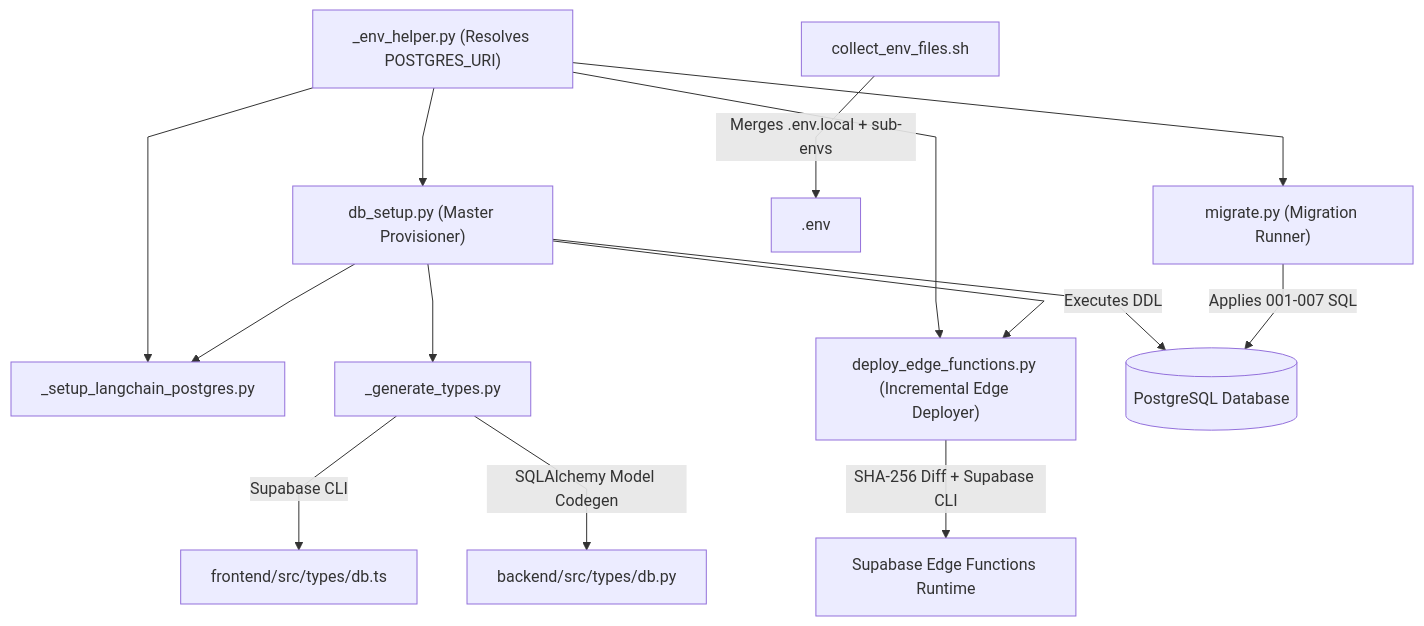
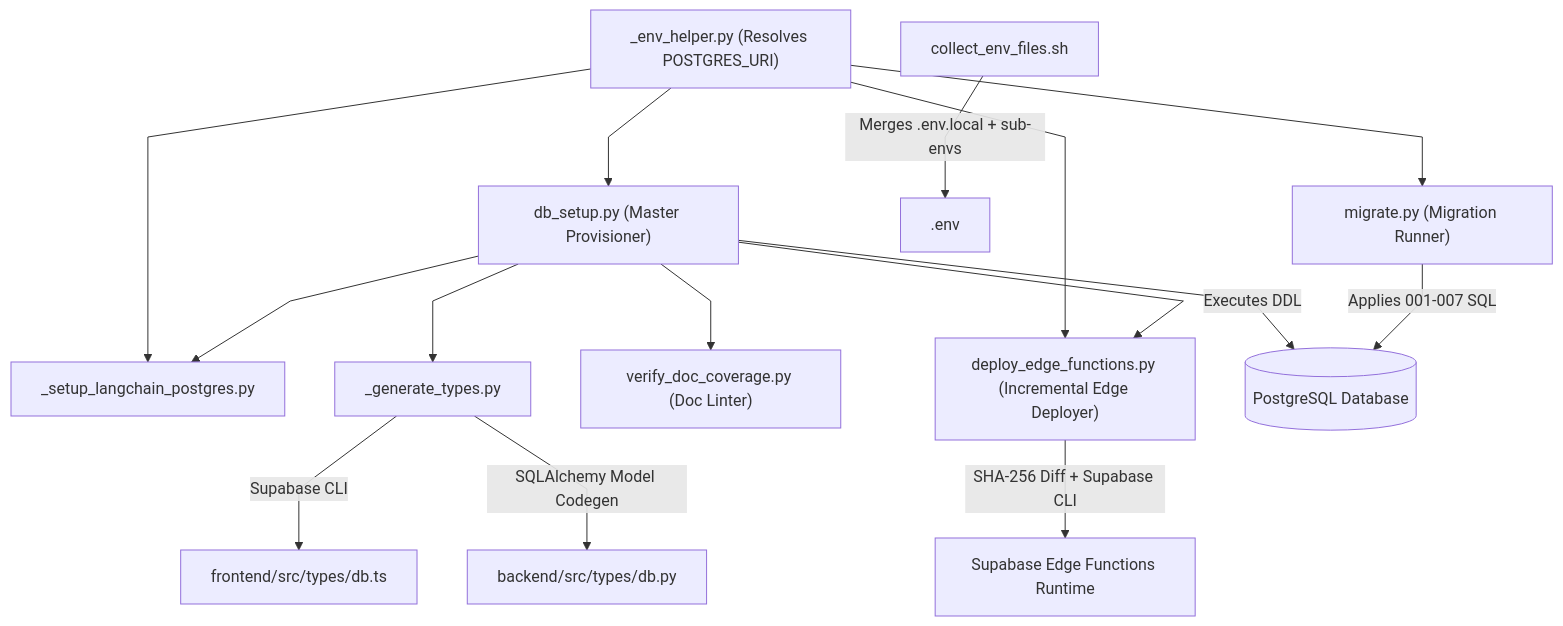
The third of 3 diagrams in systems/devops_and_deployment.md (VictorBravo9er/Teacher-Assistant-Workspace), drawn with Mermaid before and after one commit. The commit also changed other lines of this file and 5 other files, not shown here.

Commit message:
feat(scripts): add mechanical verify_doc_coverage linter and wire into frontend & backend lint gates

````diff
--- a/systems/devops_and_deployment.md
+++ b/systems/devops_and_deployment.md
@@ -97,29 +97,31 @@
 ```mermaid
 %%{init: {'flowchart': {'curve': 'linear'}}}%%
 flowchart TD
     EnvHelper["_env_helper.py (Resolves POSTGRES_URI)"]
     
     SetupDB["db_setup.py (Master Provisioner)"]
     Migrate["migrate.py (Migration Runner)"]
     LangGraphInit["_setup_langchain_postgres.py"]
     GenTypes["_generate_types.py"]
+    DocLinter["verify_doc_coverage.py (Doc Linter)"]
     EdgeDeploy["deploy_edge_functions.py (Incremental Edge Deployer)"]
     EnvCollector["collect_env_files.sh"]
 
     EnvHelper --> SetupDB
     EnvHelper --> Migrate
     EnvHelper --> LangGraphInit
     EnvHelper --> EdgeDeploy
+    SetupDB --> DocLinter
 
     SetupDB -->|Executes DDL| PostgreSQL[("PostgreSQL Database")]
     Migrate -->|Applies 001-007 SQL| PostgreSQL
     SetupDB --> LangGraphInit
     SetupDB --> GenTypes
     SetupDB --> EdgeDeploy
 
     GenTypes -->|Supabase CLI| TypeScriptTypes["frontend/src/types/db.ts"]
     GenTypes -->|SQLAlchemy Model Codegen| PythonTypes["backend/src/types/db.py"]
     EdgeDeploy -->|SHA-256 Diff + Supabase CLI| SupabaseEdge["Supabase Edge Functions Runtime"]
 
     EnvCollector -->|Merges .env.local + sub-envs| RootEnv[".env"]
 ```
````
